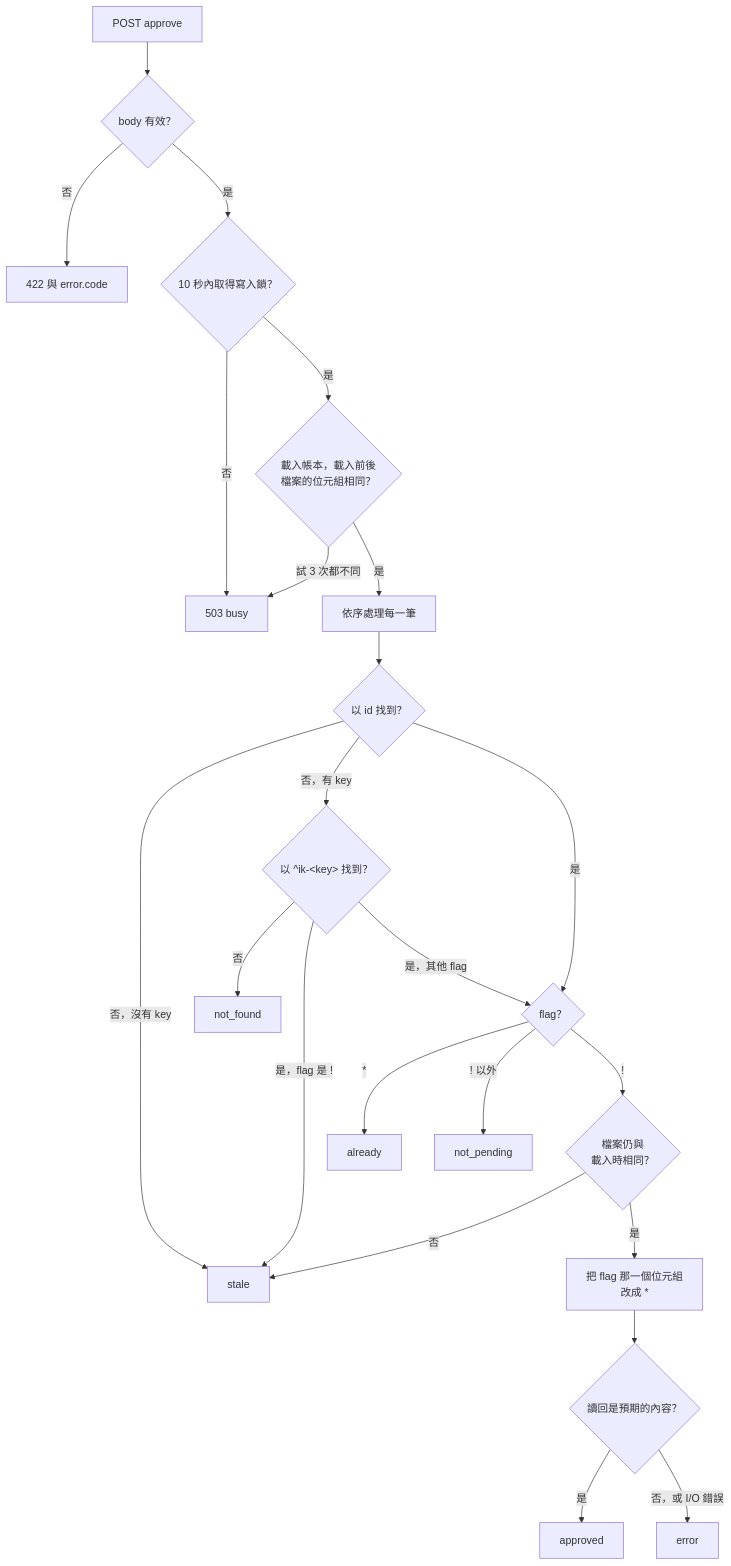
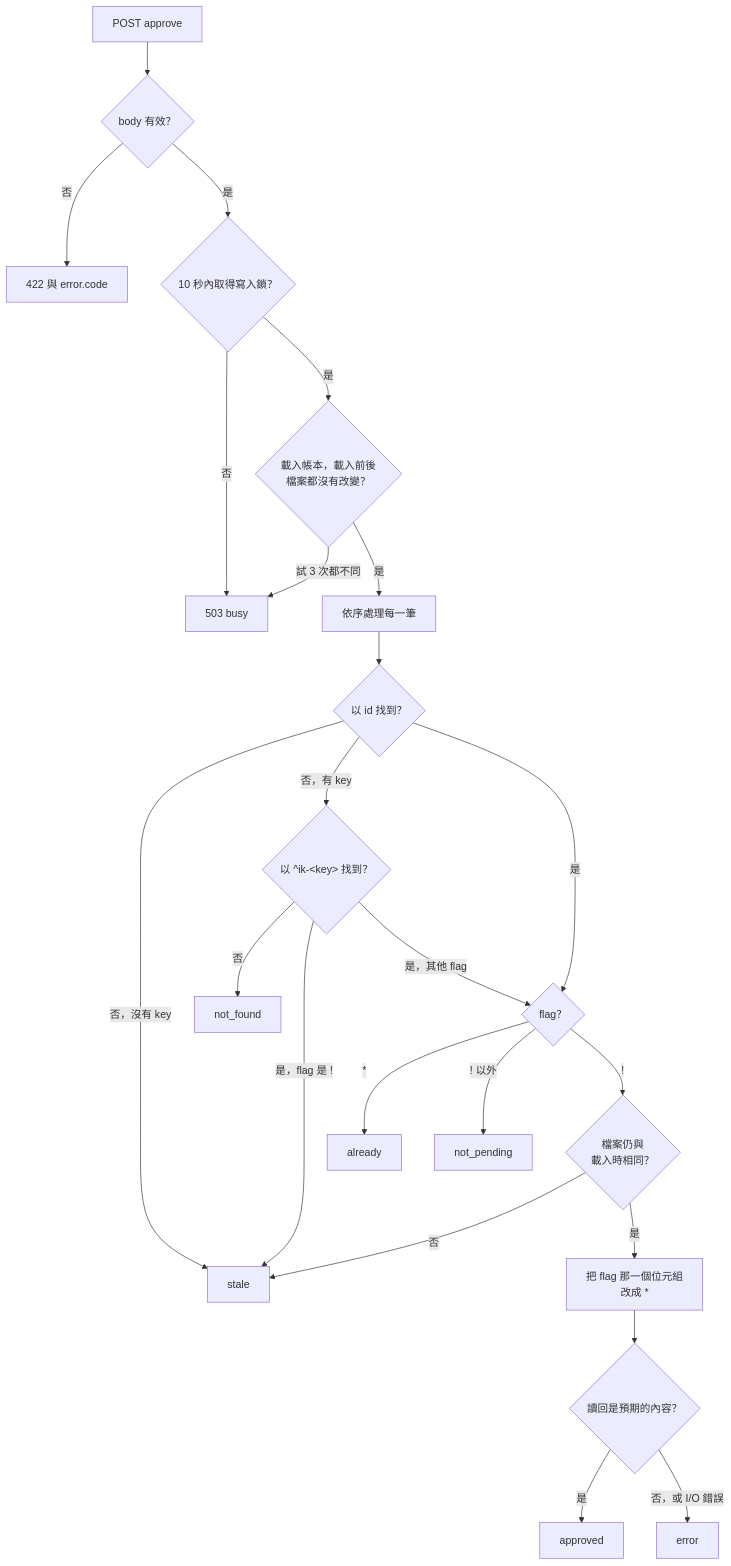
The third of 3 diagrams in docs/agent-api-reference.md (gn00678465/beancount-fava), drawn with Mermaid before and after one commit. The commit also changed other lines of this file and 2 other files, not shown here.

````diff
--- a/docs/agent-api-reference.md
+++ b/docs/agent-api-reference.md
@@ -313,25 +313,25 @@
 ```mermaid
 flowchart TD
     Start["POST approve"] --> Valid{"body 有效？"}
     Valid -->|否| R422["422 與 error.code"]
     Valid -->|是| Lock{"10 秒內取得寫入鎖？"}
     Lock -->|否| R503["503 busy"]
-    Lock -->|是| Load{"載入帳本，載入前後<br>檔案的位元組相同？"}
+    Lock -->|是| Load{"載入帳本，載入前後<br>檔案都沒有改變？"}
     Load -->|試 3 次都不同| R503
     Load -->|是| Each["依序處理每一筆"]
     Each --> ById{"以 id 找到？"}
     ById -->|否，沒有 key| Stale["stale"]
     ById -->|否，有 key| ByKey{"以 ^ik-&lt;key&gt; 找到？"}
     ByKey -->|否| NotFound["not_found"]
     ByKey -->|是，flag 是 !| Stale
     ByKey -->|是，其他 flag| Flag
     ById -->|是| Flag{"flag？"}
     Flag -->|*| Already["already"]
     Flag -->|! 以外| NotPending["not_pending"]
     Flag -->|!| Same{"檔案仍與<br>載入時相同？"}
     Same -->|否| Stale
     Same -->|是| Write["把 flag 那一個位元組<br>改成 *"]
     Write --> Back{"讀回是預期的內容？"}
     Back -->|是| Approved["approved"]
     Back -->|否，或 I/O 錯誤| Error["error"]
 ```
````
